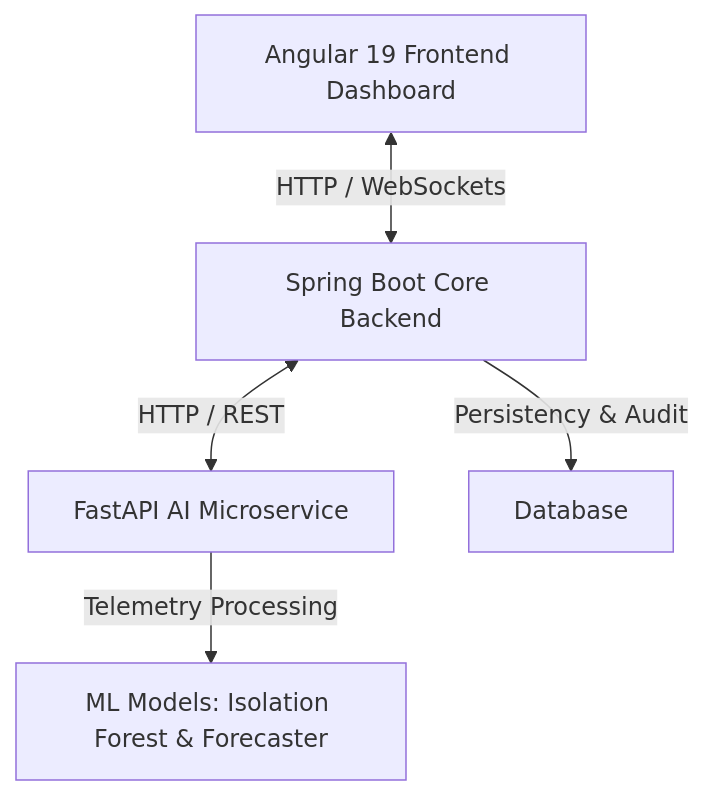
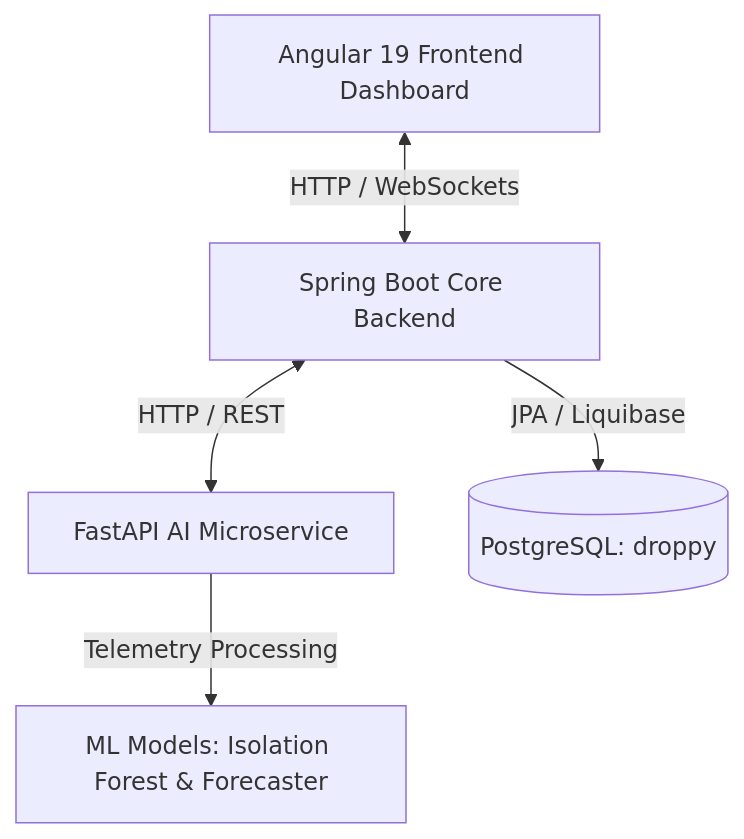
The diagram in README.md (AlaAydi/Sfm_technologies), drawn with Mermaid before and after one commit. The commit also changed other lines of this file and 1 other file, not shown here.

````diff
--- a/README.md
+++ b/README.md
@@ -11,7 +11,7 @@
 ```mermaid
 graph TD
     A[Angular 19 Frontend Dashboard] <-->|HTTP / WebSockets| B[Spring Boot Core Backend]
     B <-->|HTTP / REST| C[FastAPI AI Microservice]
     C -->|Telemetry Processing| D[ML Models: Isolation Forest & Forecaster]
-    B -->|Persistency & Audit| E[Database]
+    B -->|JPA / Liquibase| E[(PostgreSQL: droppy)]
 ```
````
